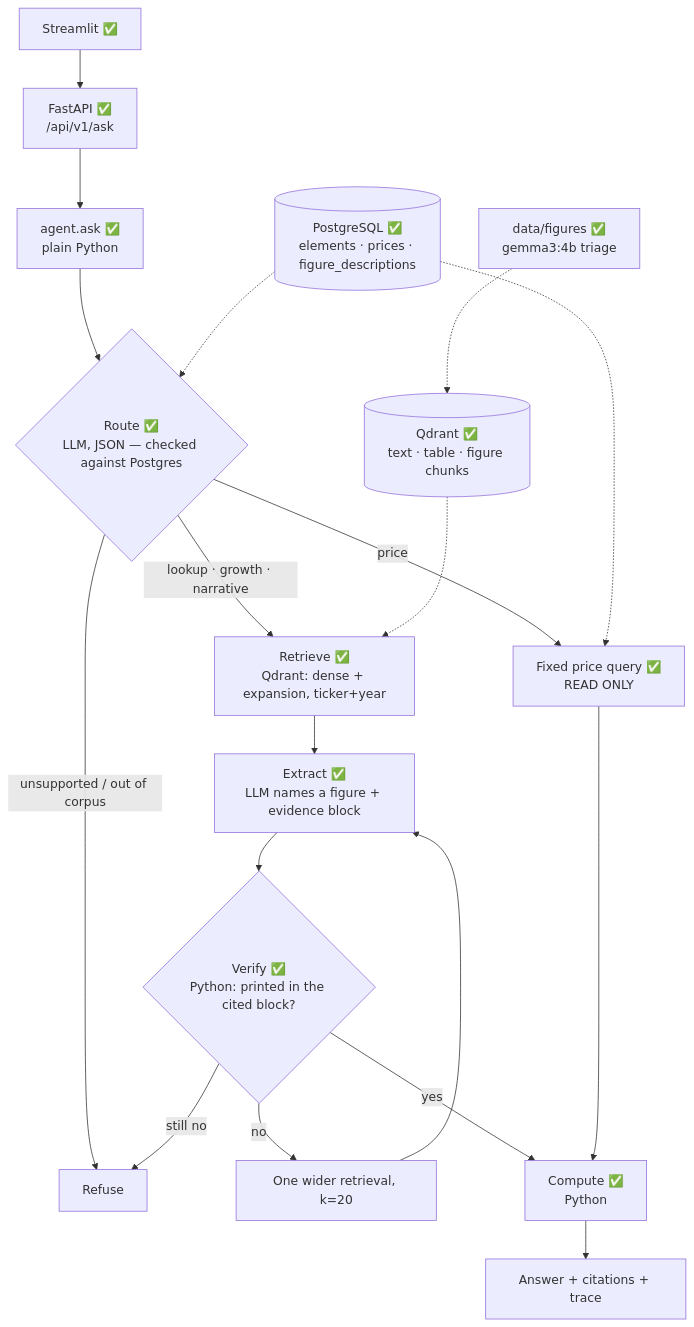
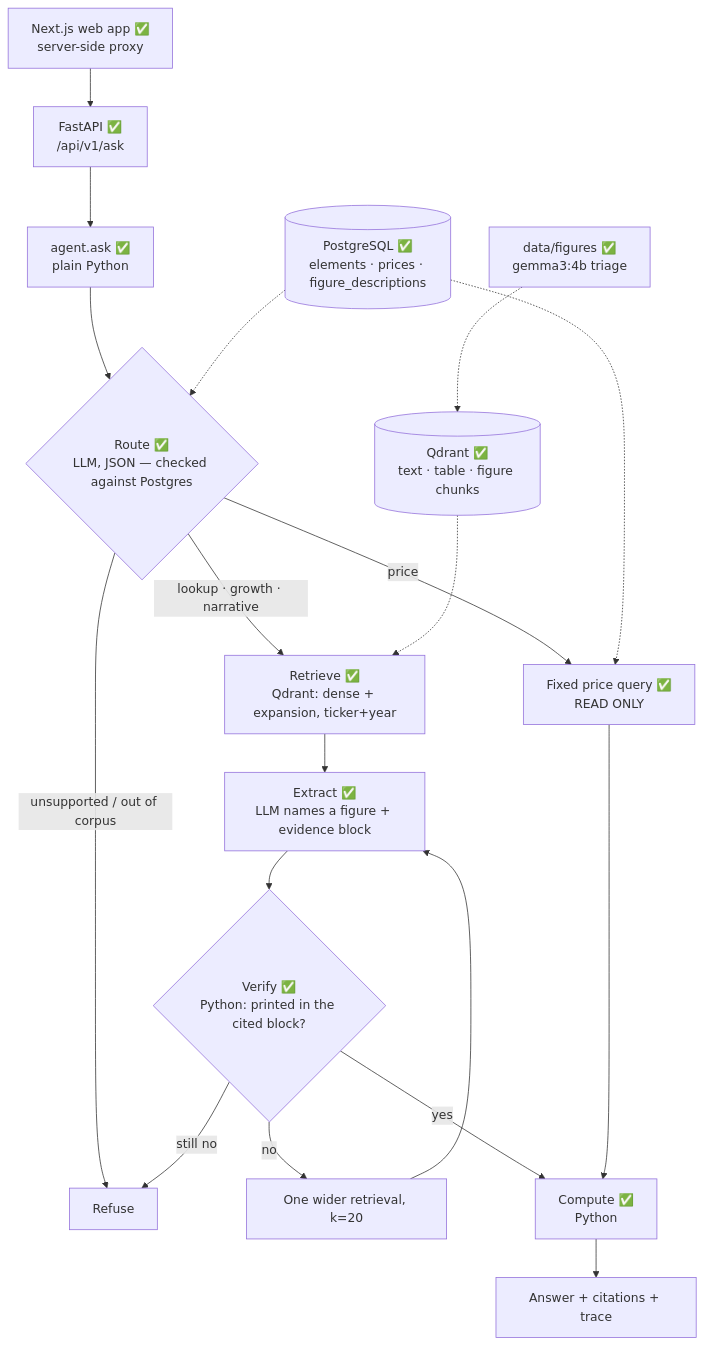
One commit to PreeyasTumulu/MULTIMODAL_AGENTIC_RAG changed the first of 2 diagrams in docs/architecture/overview.md. Above: the diagram before and after it, drawn with Mermaid. The commit also changed other lines of this file and 56 other files, not shown here.

````diff
--- a/docs/architecture/overview.md
+++ b/docs/architecture/overview.md
@@ -23,24 +23,24 @@
 ```mermaid
 flowchart TB
-    UI["Streamlit ✅"] --> API["FastAPI ✅<br/>/api/v1/ask"]
+    UI["Next.js web app ✅<br/>server-side proxy"] --> API["FastAPI ✅<br/>/api/v1/ask"]
     API --> AG["agent.ask ✅<br/>plain Python"]
     AG --> R{"Route ✅<br/>LLM, JSON — checked against Postgres"}
 
     R -->|price| PQ["Fixed price query ✅<br/>READ ONLY"]
     R -->|unsupported / out of corpus| ABS["Refuse"]
     R -->|lookup · growth · narrative| RET["Retrieve ✅<br/>Qdrant: dense + expansion, ticker+year"]
 
     RET --> EX["Extract ✅<br/>LLM names a figure + evidence block"]
     EX --> VF{"Verify ✅<br/>Python: printed in the cited block?"}
     VF -->|no| RETRY["One wider retrieval, k=20"]
     RETRY --> EX
     VF -->|still no| ABS
     VF -->|yes| CALC["Compute ✅<br/>Python"]
     PQ --> CALC
     CALC --> ANS["Answer + citations + trace"]
 
     PG[("PostgreSQL ✅<br/>elements · prices · figure_descriptions")] -.-> R
     PG -.-> PQ
     FIG["data/figures ✅<br/>gemma3:4b triage"] -.-> QD[("Qdrant ✅<br/>text · table · figure chunks")]
     QD -.-> RET
 ```
````
